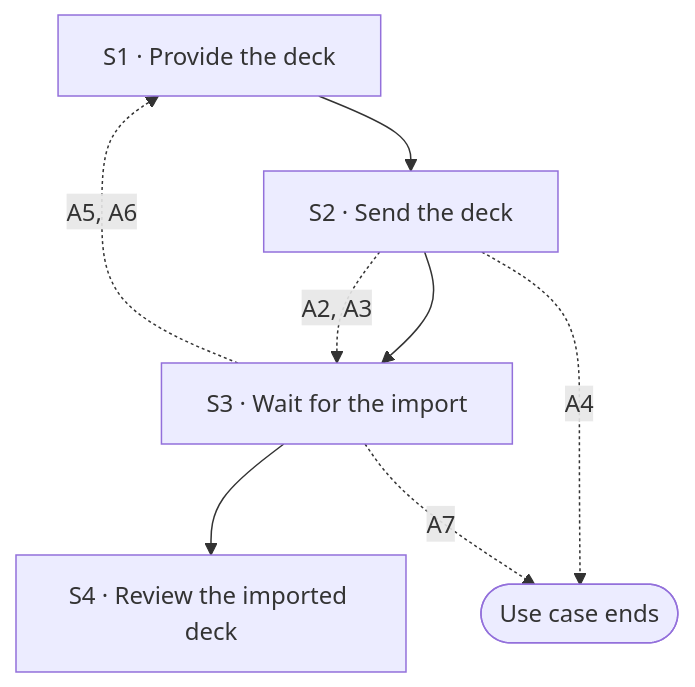
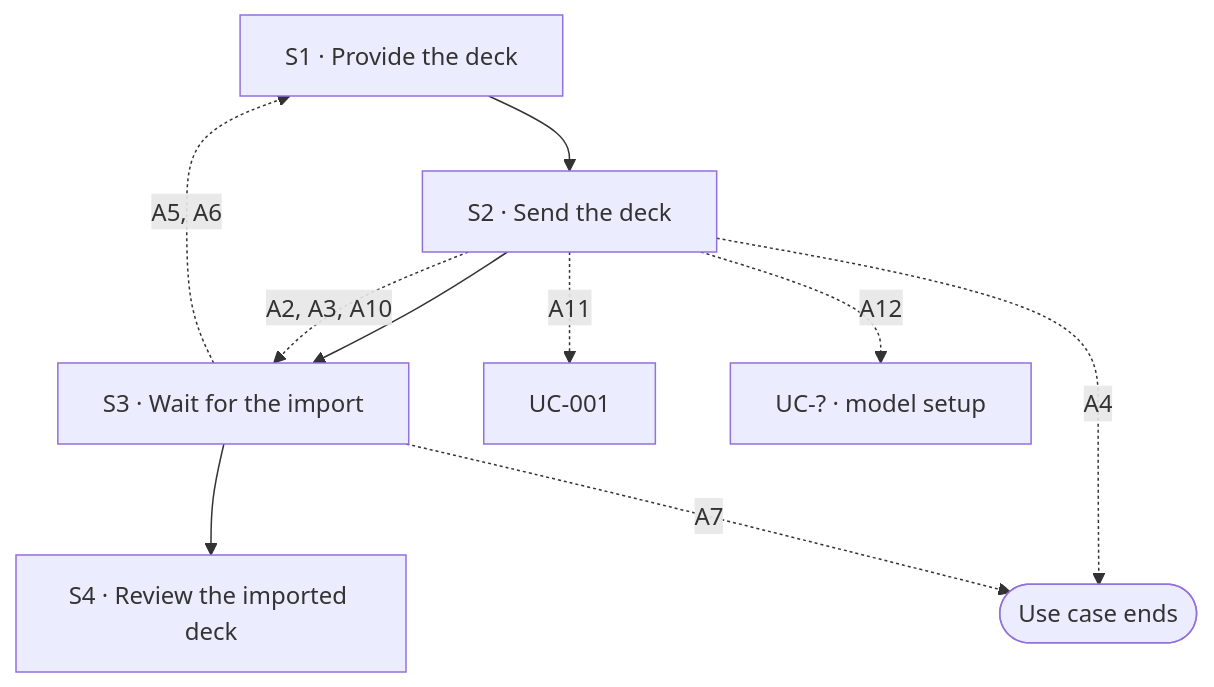
Before and after one commit to Luke23127006/DeckAgent: the diagram in docs/spec/02-use-cases/UC-004.md, drawn with Mermaid. The commit also changed other lines of this file, not shown here.

````diff
--- a/docs/spec/02-use-cases/UC-004.md
+++ b/docs/spec/02-use-cases/UC-004.md
@@ -18,13 +18,17 @@
 ```mermaid
 flowchart TD
   S1["S1 · Provide the deck"]
   S2["S2 · Send the deck"]
   S3["S3 · Wait for the import"]
   S4["S4 · Review the imported deck"]
   DONE(["Use case ends"])
+  UC001["UC-001"]
+  UCQ1["UC-? · model setup"]
   S1 --> S2 --> S3 --> S4
-  S2 -.->|"A2, A3"| S3
+  S2 -.->|"A2, A3, A10"| S3
   S2 -.->|"A4"| DONE
+  S2 -.->|"A11"| UC001
+  S2 -.->|"A12"| UCQ1
   S3 -.->|"A5, A6"| S1
   S3 -.->|"A7"| DONE
 ```
````
